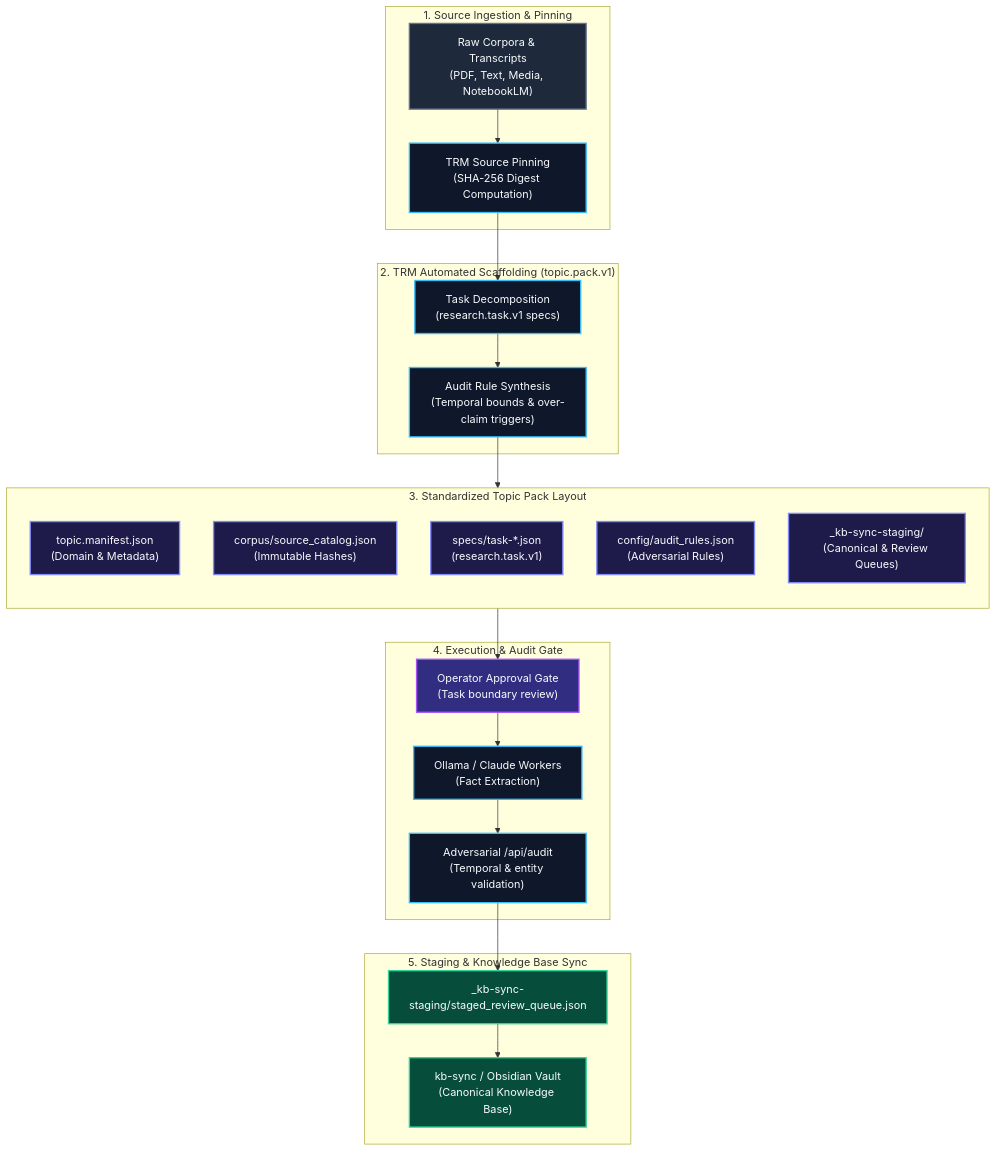
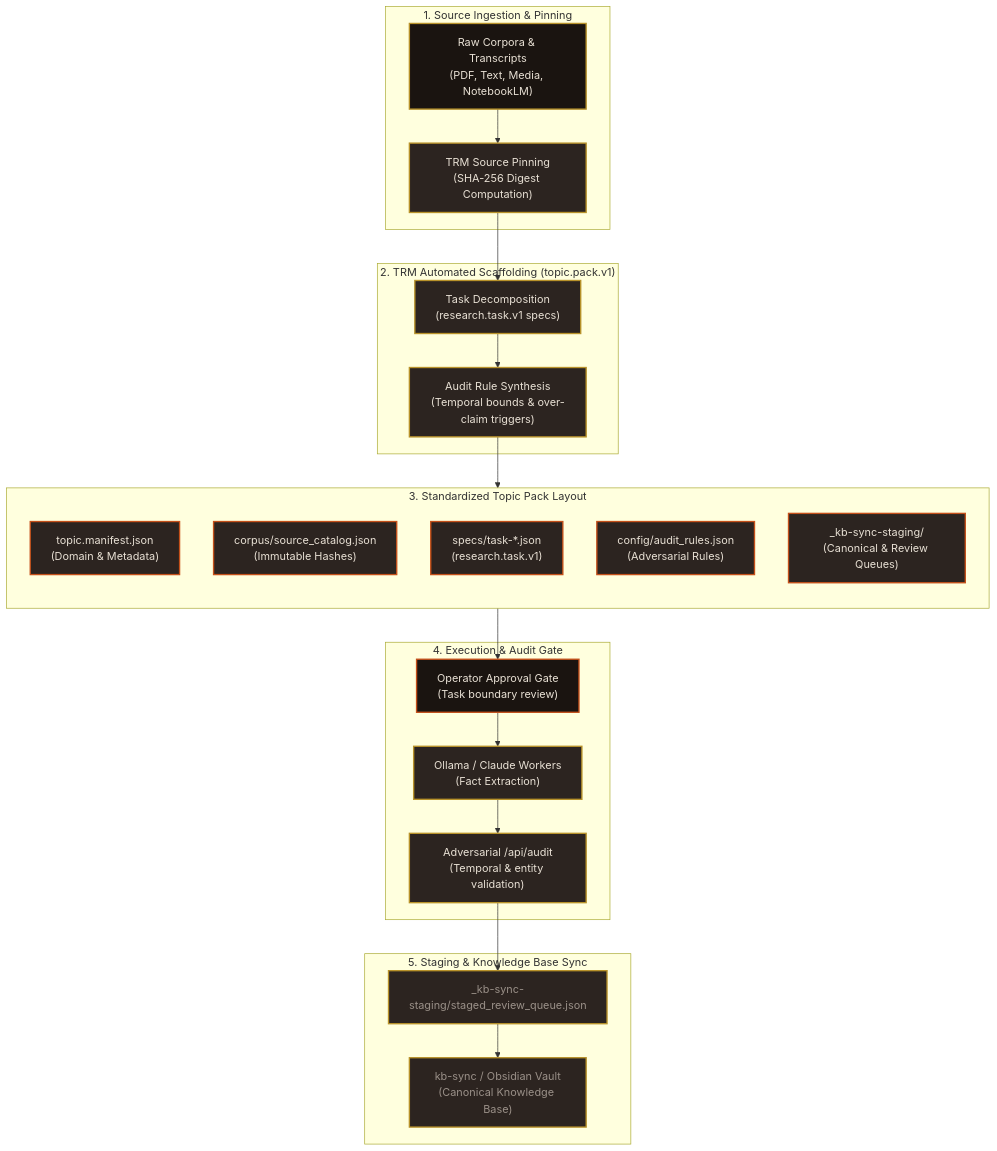
Before and after one commit to sorensencc-dotcom/TRM: the diagram in wiki/Home.md, drawn with Mermaid. The commit also changed other lines of this file and 25 other files, not shown here.

First line of the commit message:
docs(wiki): regenerate diagrams from CIC Industrial tokens (W11)

````diff
--- a/wiki/Home.md
+++ b/wiki/Home.md
@@ -41,51 +56,51 @@
 ```mermaid
 flowchart TD
-    classDef inputStyle fill:#1e293b,stroke:#64748b,stroke-width:2px,color:#f8fafc;
-    classDef stageStyle fill:#0f172a,stroke:#38bdf8,stroke-width:2px,color:#f8fafc;
-    classDef packStyle fill:#1e1b4b,stroke:#818cf8,stroke-width:2px,color:#f8fafc;
-    classDef gateStyle fill:#312e81,stroke:#a855f7,stroke-width:2px,color:#f8fafc;
-    classDef syncStyle fill:#064e3b,stroke:#34d399,stroke-width:2px,color:#f8fafc;
+    classDef inputStyle fill:#1A1410,stroke:#B8922A,stroke-width:2px,color:#E8E0D4;
+    classDef stageStyle fill:#2C2420,stroke:#B8922A,stroke-width:2px,color:#E8E0D4;
+    classDef packStyle fill:#2C2420,stroke:#C4501A,stroke-width:2px,color:#E8E0D4;
+    classDef gateStyle fill:#1A1410,stroke:#C4501A,stroke-width:2px,color:#E8E0D4;
+    classDef syncStyle fill:#2C2420,stroke:#B8922A,stroke-width:2px,color:#9A9088;
 
     subgraph Sources["1. Source Ingestion & Pinning"]
         S_RAW["Raw Corpora & Transcripts<br/>(PDF, Text, Media, NotebookLM)"]:::inputStyle
         S_PIN["TRM Source Pinning<br/>(SHA-256 Digest Computation)"]:::stageStyle
         S_RAW --> S_PIN
     end
 
     subgraph Scaffolder["2. TRM Automated Scaffolding (topic.pack.v1)"]
         PACK_DEC["Task Decomposition<br/>(research.task.v1 specs)"]:::stageStyle
         PACK_AUD["Audit Rule Synthesis<br/>(Temporal bounds & over-claim triggers)"]:::stageStyle
         S_PIN --> PACK_DEC
         PACK_DEC --> PACK_AUD
     end
 
     subgraph Layout["3. Standardized Topic Pack Layout"]
         direction TB
         MANIFEST["topic.manifest.json<br/>(Domain & Metadata)"]:::packStyle
         CATALOG["corpus/source_catalog.json<br/>(Immutable Hashes)"]:::packStyle
         TASKS["specs/task-*.json<br/>(research.task.v1)"]:::packStyle
         AUDIT_CFG["config/audit_rules.json<br/>(Adversarial Rules)"]:::packStyle
         STAGING["_kb-sync-staging/<br/>(Canonical & Review Queues)"]:::packStyle
     end
 
     PACK_AUD --> Layout
 
     subgraph Gate["4. Execution & Audit Gate"]
         HUMAN_GATE["Operator Approval Gate<br/>(Task boundary review)"]:::gateStyle
         WORKER["Ollama / Claude Workers<br/>(Fact Extraction)"]:::stageStyle
         AUDIT_API["Adversarial /api/audit<br/>(Temporal & entity validation)"]:::stageStyle
         
         HUMAN_GATE --> WORKER
         WORKER --> AUDIT_API
     end
 
     Layout --> HUMAN_GATE
 
     subgraph KB["5. Staging & Knowledge Base Sync"]
         STAGED_QUEUE["_kb-sync-staging/staged_review_queue.json"]:::syncStyle
         CANONICAL["kb-sync / Obsidian Vault<br/>(Canonical Knowledge Base)"]:::syncStyle
         
         AUDIT_API --> STAGED_QUEUE
         STAGED_QUEUE --> CANONICAL
     end
 ```
````
